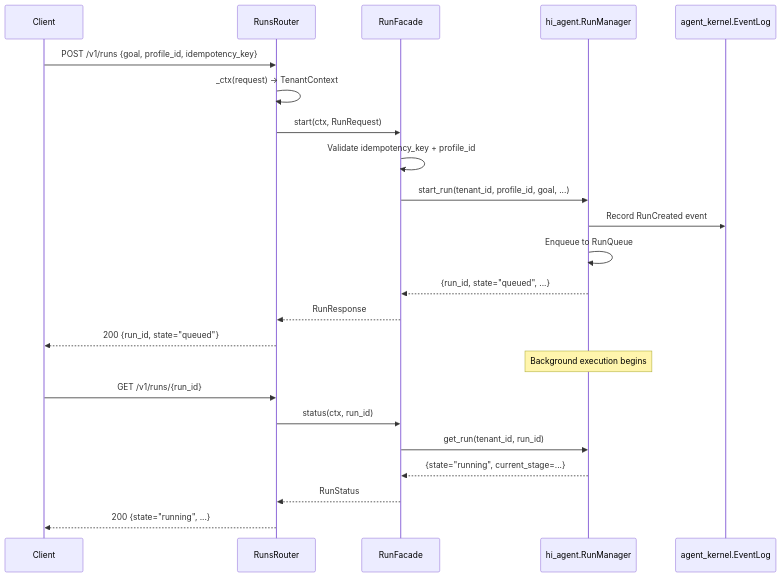
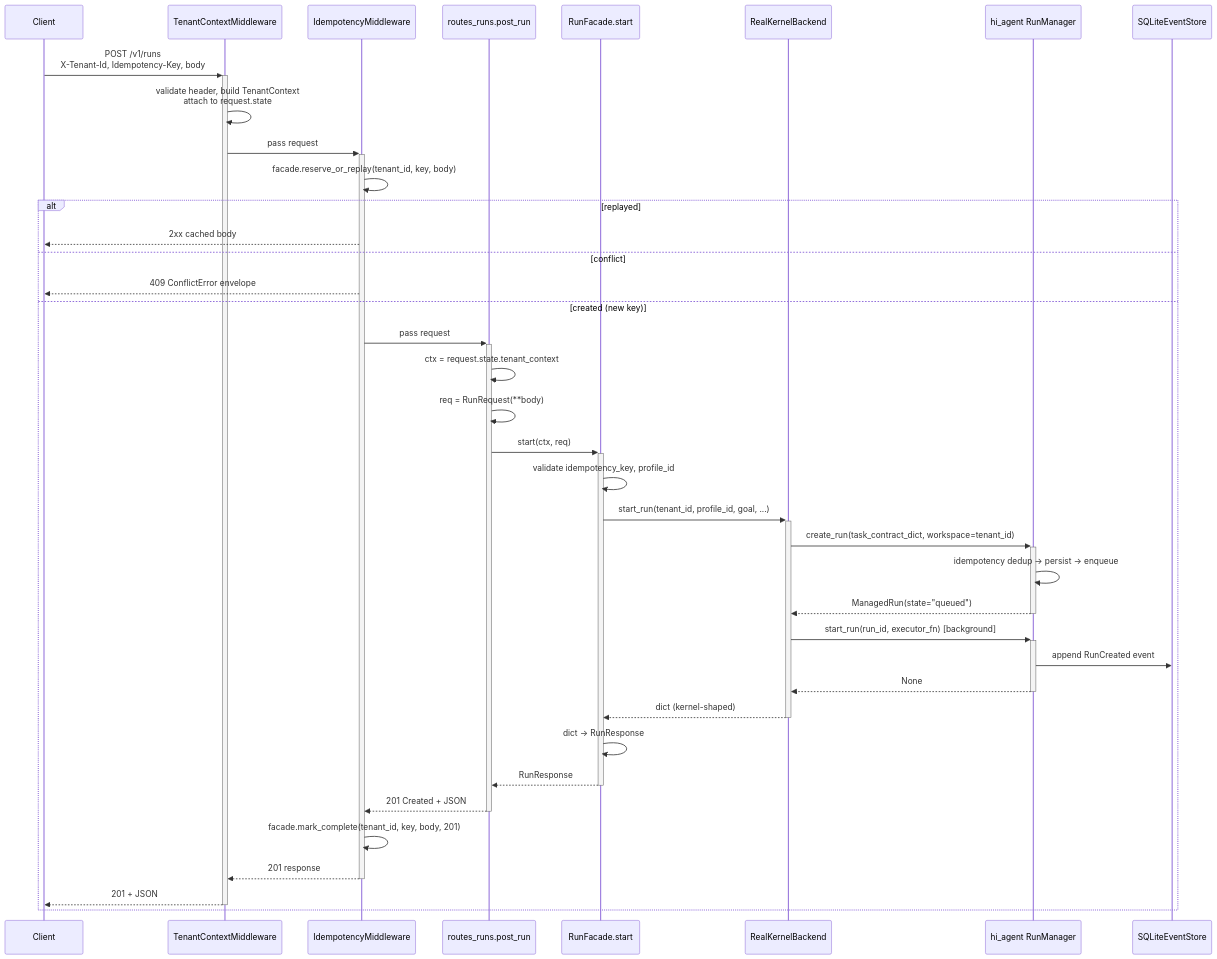
The second of 3 diagrams in agent_server/ARCHITECTURE.md (chaosxingxc-orion/hi-agent), drawn with Mermaid before and after one commit. The commit also changed other lines of this file and 15 other files, not shown here.

````diff
--- a/agent_server/ARCHITECTURE.md
+++ b/agent_server/ARCHITECTURE.md
@@ -256,28 +160,41 @@
 ```mermaid
 sequenceDiagram
-  participant Client
-  participant RunsRouter
-  participant RunFacade
-  participant hi_agent.RunManager
-  participant agent_kernel.EventLog
+    participant Client
+    participant TC as TenantContextMiddleware
+    participant IM as IdempotencyMiddleware
+    participant RH as routes_runs.post_run
+    participant RF as RunFacade.start
+    participant RKB as RealKernelBackend
+    participant RM as hi_agent RunManager
+    participant ES as SQLiteEventStore
 
-  Client->>RunsRouter: POST /v1/runs {goal, profile_id, idempotency_key}
-  RunsRouter->>RunsRouter: _ctx(request) → TenantContext
-  RunsRouter->>RunFacade: start(ctx, RunRequest)
-  RunFacade->>RunFacade: Validate idempotency_key + profile_id
-  RunFacade->>hi_agent.RunManager: start_run(tenant_id, profile_id, goal, ...)
-  hi_agent.RunManager->>agent_kernel.EventLog: Record RunCreated event
-  hi_agent.RunManager->>hi_agent.RunManager: Enqueue to RunQueue
-  hi_agent.RunManager-->>RunFacade: {run_id, state="queued", ...}
-  RunFacade-->>RunsRouter: RunResponse
-  RunsRouter-->>Client: 200 {run_id, state="queued"}
-
-  Note over hi_agent.RunManager: Background execution begins
-
-  Client->>RunsRouter: GET /v1/runs/{run_id}
-  RunsRouter->>RunFacade: status(ctx, run_id)
-  RunFacade->>hi_agent.RunManager: get_run(tenant_id, run_id)
-  hi_agent.RunManager-->>RunFacade: {state="running", current_stage=...}
-  RunFacade-->>RunsRouter: RunStatus
-  RunsRouter-->>Client: 200 {state="running", ...}
+    Client->>+TC: POST /v1/runs<br/>X-Tenant-Id, Idempotency-Key, body
+    TC->>TC: validate header, build TenantContext<br/>attach to request.state
+    TC->>+IM: pass request
+    IM->>IM: facade.reserve_or_replay(tenant_id, key, body)
+    alt replayed
+        IM-->>Client: 2xx cached body
+    else conflict
+        IM-->>Client: 409 ConflictError envelope
+    else created (new key)
+        IM->>+RH: pass request
+        RH->>RH: ctx = request.state.tenant_context
+        RH->>RH: req = RunRequest(**body)
+        RH->>+RF: start(ctx, req)
+        RF->>RF: validate idempotency_key, profile_id
+        RF->>+RKB: start_run(tenant_id, profile_id, goal, ...)
+        RKB->>+RM: create_run(task_contract_dict, workspace=tenant_id)
+        RM->>RM: idempotency dedup → persist → enqueue
+        RM-->>-RKB: ManagedRun(state="queued")
+        RKB->>+RM: start_run(run_id, executor_fn) [background]
+        RM->>ES: append RunCreated event
+        RM-->>-RKB: None
+        RKB-->>-RF: dict (kernel-shaped)
+        RF->>RF: dict → RunResponse
+        RF-->>-RH: RunResponse
+        RH-->>-IM: 201 Created + JSON
+        IM->>IM: facade.mark_complete(tenant_id, key, body, 201)
+        IM-->>-TC: 201 response
+        TC-->>-Client: 201 + JSON
+    end
 ```
````
